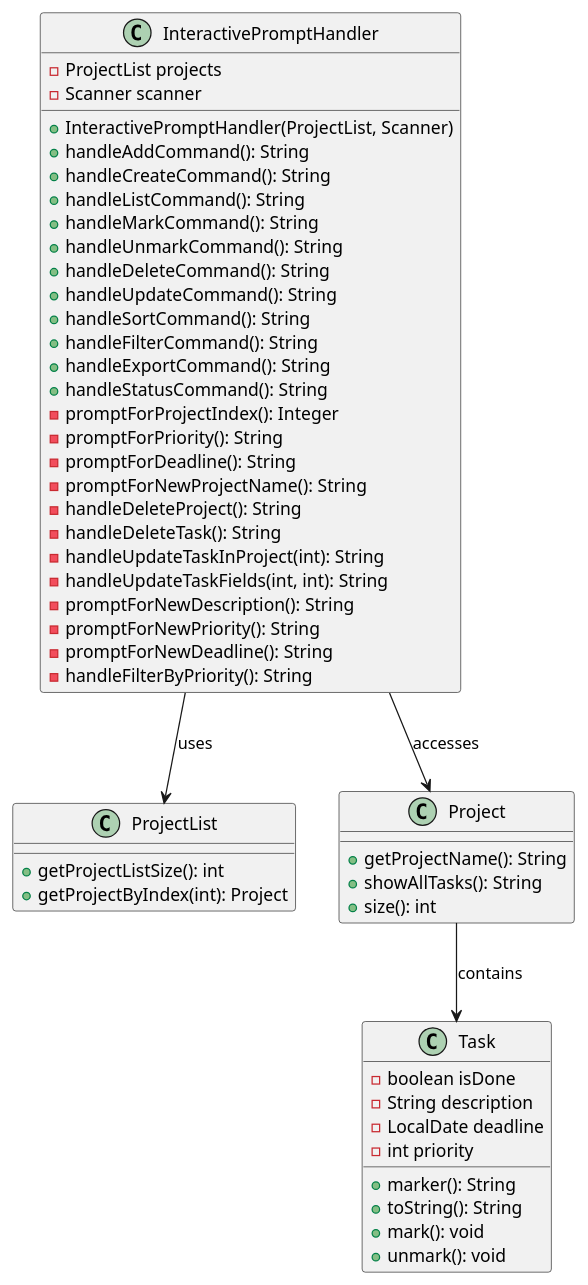
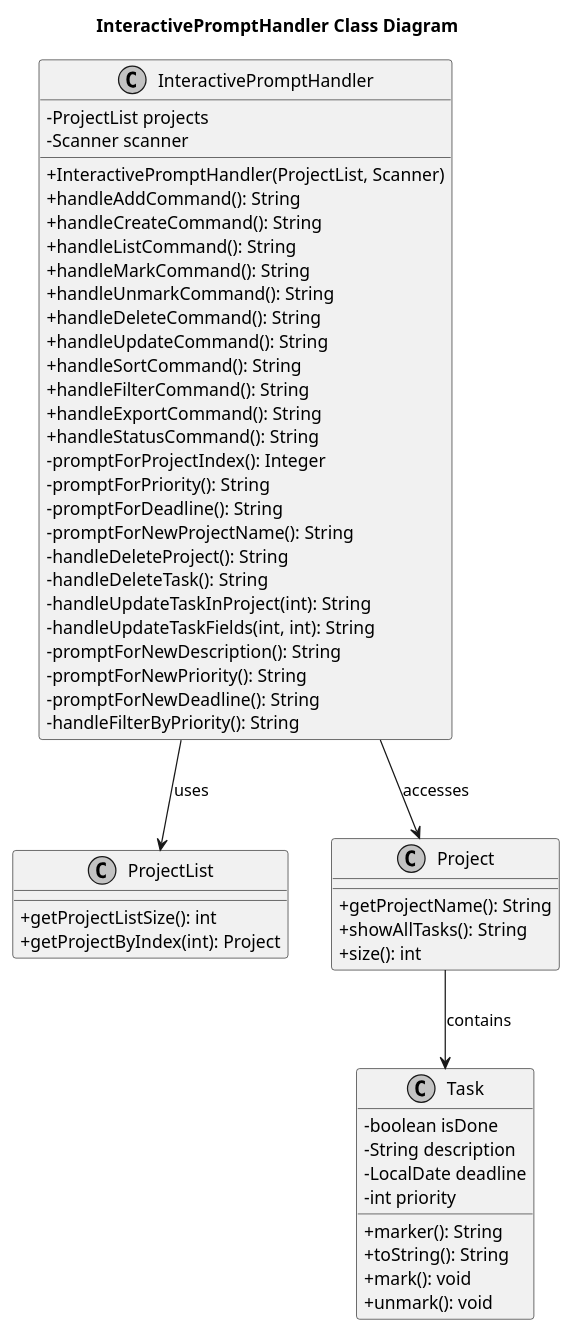
Before and after one commit to sean6369/tp: the diagram in docs/plantUML/interactive-prompt-handler/interactiveprompthandler-class-diagram.puml, drawn with PlantUML. The commit also changed 1 other file, not shown here.

Commit message:
Fix UML diagram: Add skinparam settings for + and - symbols
- Added skinparam classAttributeIconSize 0 to show + and - visibility symbols
- Added skinparam shadowing false and monochrome true for clean styling
- Regenerated PNG to display proper UML notation instead of icons
- Now matches the base format used by other diagrams in the project

```diff
--- a/docs/plantUML/interactive-prompt-handler/interactiveprompthandler-class-diagram.puml
+++ b/docs/plantUML/interactive-prompt-handler/interactiveprompthandler-class-diagram.puml
@@ -1,57 +1,62 @@
 @startuml InteractivePromptHandler Class Diagram
+title InteractivePromptHandler Class Diagram
+
+skinparam classAttributeIconSize 0
+skinparam shadowing false
+skinparam monochrome true
 
 class InteractivePromptHandler {
     -ProjectList projects
     -Scanner scanner
     +InteractivePromptHandler(ProjectList, Scanner)
     +handleAddCommand(): String
     +handleCreateCommand(): String
     +handleListCommand(): String
     +handleMarkCommand(): String
     +handleUnmarkCommand(): String
     +handleDeleteCommand(): String
     +handleUpdateCommand(): String
     +handleSortCommand(): String
     +handleFilterCommand(): String
     +handleExportCommand(): String
     +handleStatusCommand(): String
     -promptForProjectIndex(): Integer
     -promptForPriority(): String
     -promptForDeadline(): String
     -promptForNewProjectName(): String
     -handleDeleteProject(): String
     -handleDeleteTask(): String
     -handleUpdateTaskInProject(int): String
     -handleUpdateTaskFields(int, int): String
     -promptForNewDescription(): String
     -promptForNewPriority(): String
     -promptForNewDeadline(): String
     -handleFilterByPriority(): String
 }
 
 class ProjectList {
     +getProjectListSize(): int
     +getProjectByIndex(int): Project
 }
 
 class Project {
     +getProjectName(): String
     +showAllTasks(): String
     +size(): int
 }
 
 class Task {
     -boolean isDone
     -String description
     -LocalDate deadline
     -int priority
     +marker(): String
     +toString(): String
     +mark(): void
     +unmark(): void
 }
 
 InteractivePromptHandler --> ProjectList : uses
 InteractivePromptHandler --> Project : accesses
 Project --> Task : contains
 @enduml
```
